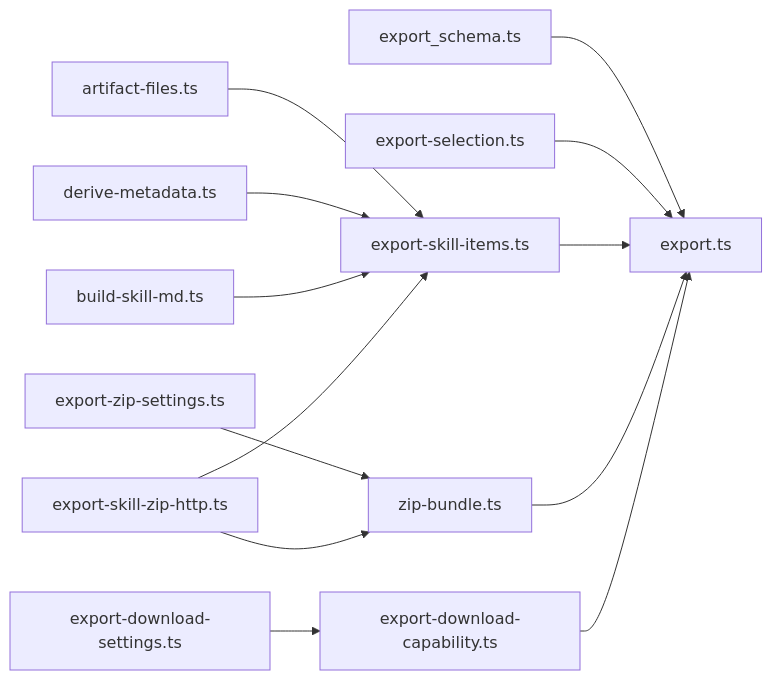
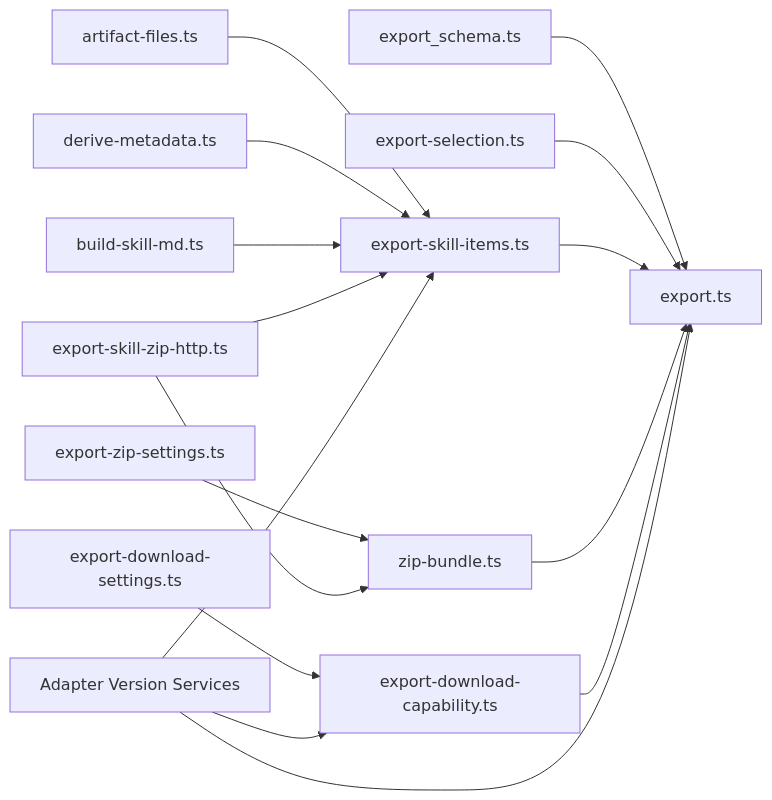
The tenth of 10 diagrams in .qoder/repowiki/en/content/MCP Protocol Tools/Export Tool.md (debian777/kairos-mcp), drawn with Mermaid before and after one commit. The commit also changed other lines of this file and 16 other files, not shown here.

````diff
--- a/.qoder/repowiki/en/content/MCP Protocol Tools/Export Tool.md
+++ b/.qoder/repowiki/en/content/MCP Protocol Tools/Export Tool.md
@@ -436,15 +507,18 @@
 ```mermaid
 graph LR
 S["export_schema.ts"] --> E["export.ts"]
 SEL["export-selection.ts"] --> E
 SI["export-skill-items.ts"] --> E
 AF["artifact-files.ts"] --> SI
 DM["derive-metadata.ts"] --> SI
 BM["build-skill-md.ts"] --> SI
 ZB["zip-bundle.ts"] --> E
 ZC["export-zip-settings.ts"] --> ZB
 DC["export-download-capability.ts"] --> E
 DCS["export-download-settings.ts"] --> DC
 H["export-skill-zip-http.ts"] --> SI
 H --> ZB
+AV["Adapter Version Services"] --> E
+AV --> SI
+AV --> DC
 ```
````
